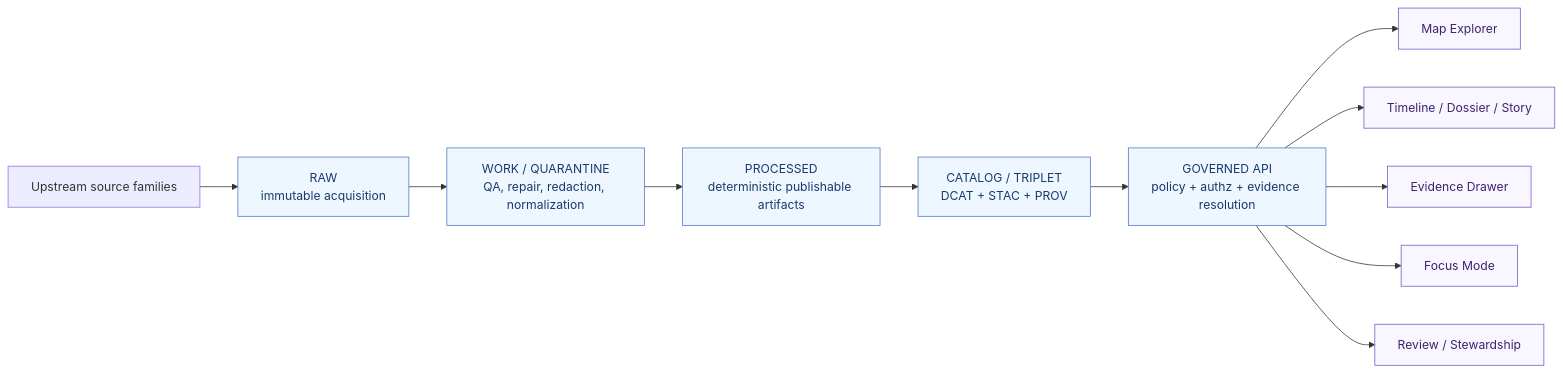
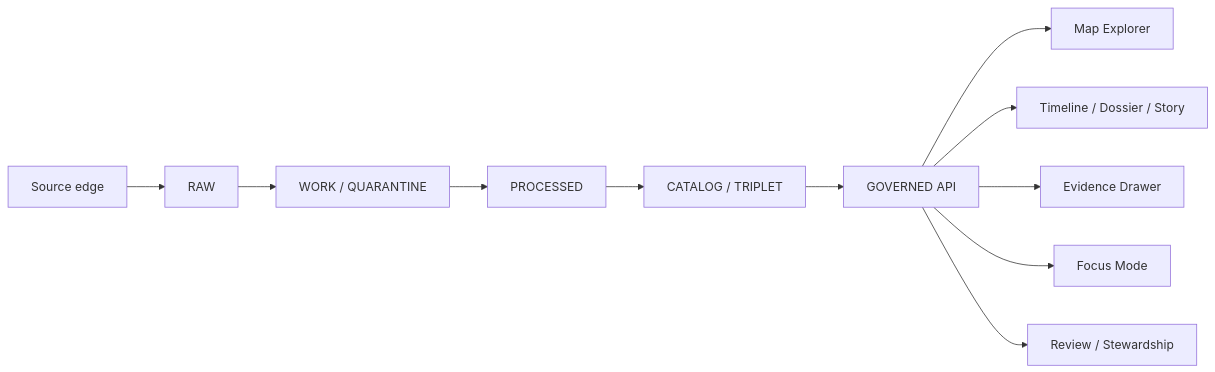
The diagram in README.md (bartytime4life/Kansas-Frontier-Matrix), drawn with Mermaid before and after one commit. The commit also changed other lines of this file, not shown here.

````diff
--- a/README.md
+++ b/README.md
@@ -311,18 +304,13 @@
 ```mermaid
 flowchart LR
-    A[Upstream source families] --> B[RAW<br/>immutable acquisition]
-    B --> C[WORK / QUARANTINE<br/>QA, repair, redaction, normalization]
-    C --> D[PROCESSED<br/>deterministic publishable artifacts]
-    D --> E[CATALOG / TRIPLET<br/>DCAT + STAC + PROV]
-    E --> F[GOVERNED API<br/>policy + authz + evidence resolution]
+    A[Source edge] --> B[RAW]
+    B --> C[WORK / QUARANTINE]
+    C --> D[PROCESSED]
+    D --> E[CATALOG / TRIPLET]
+    E --> F[GOVERNED API]
     F --> G[Map Explorer]
     F --> H[Timeline / Dossier / Story]
     F --> I[Evidence Drawer]
     F --> J[Focus Mode]
     F --> K[Review / Stewardship]
-
-    classDef canon fill:#eef6ff,stroke:#4a78c2,color:#183b6b;
-    classDef surface fill:#f8f6ff,stroke:#7c52c7,color:#3e246d;
-    class B,C,D,E,F canon;
-    class G,H,I,J,K surface;
 ```
````
